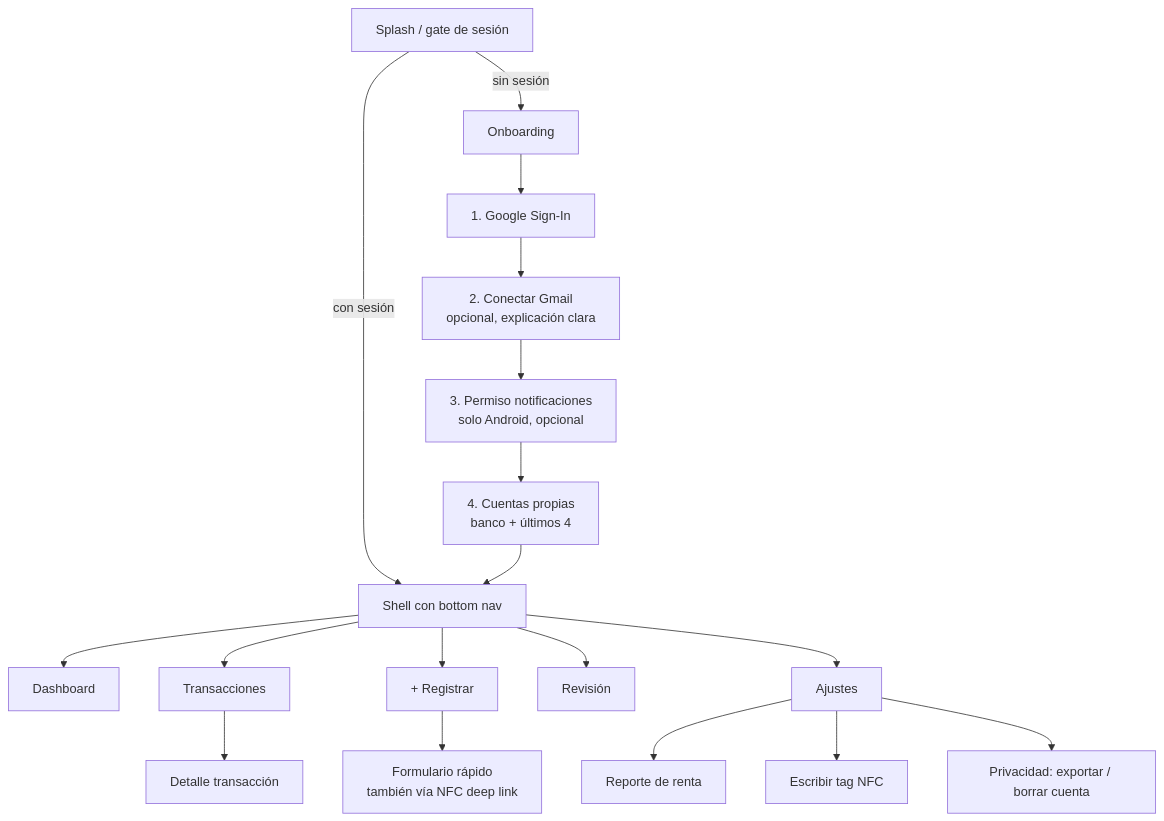
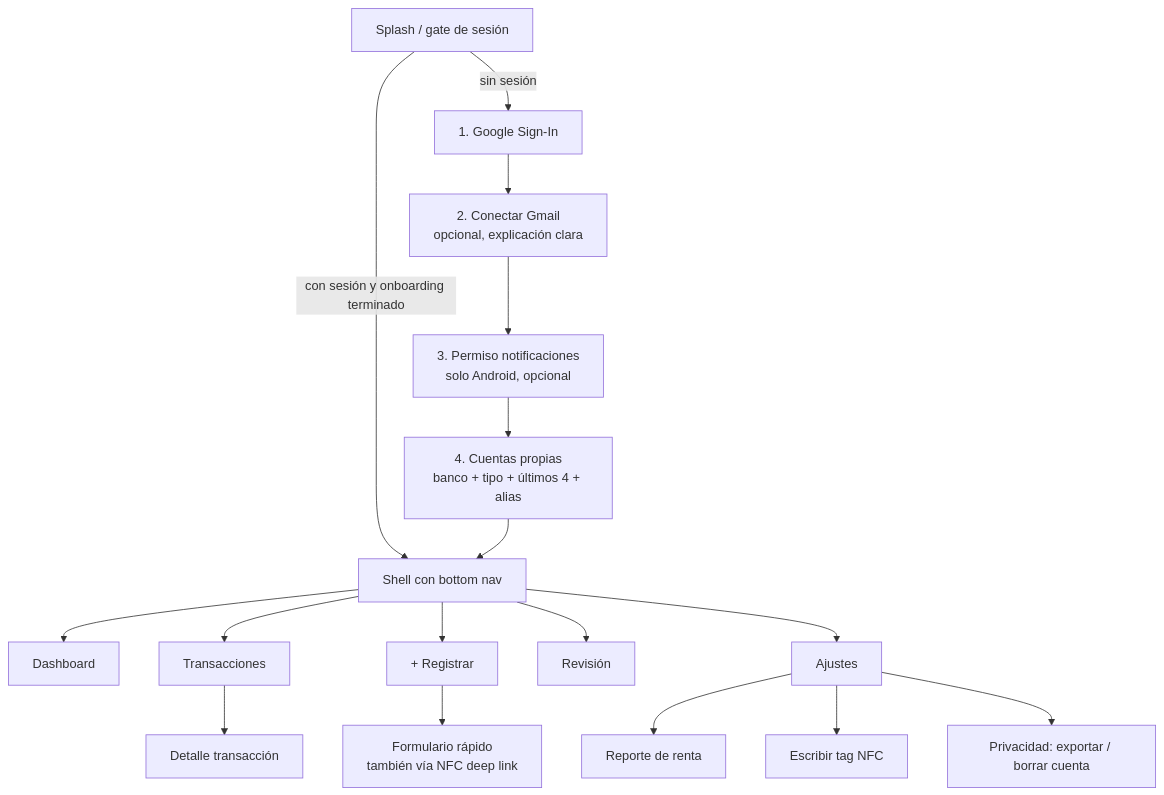
The diagram in docs/specs/008-app-flutter/spec.md (CristianmMst/luka), drawn with Mermaid before and after one commit. The commit also changed other lines of this file and 37 other files, not shown here.

First line of the commit message:
feat(app): onboarding de gmail, notificaciones y cuentas

````diff
--- a/docs/specs/008-app-flutter/spec.md
+++ b/docs/specs/008-app-flutter/spec.md
@@ -9,22 +9,21 @@
 ```mermaid
 flowchart TD
-    SPLASH[Splash / gate de sesión] -->|sin sesión| ONB[Onboarding]
-    SPLASH -->|con sesión| HOME
-    ONB --> G[1. Google Sign-In]
+    SPLASH[Splash / gate de sesión] -->|sin sesión| G[1. Google Sign-In]
+    SPLASH -->|con sesión y onboarding terminado| HOME
     G --> GM[2. Conectar Gmail<br/>opcional, explicación clara]
     GM --> NP[3. Permiso notificaciones<br/>solo Android, opcional]
-    NP --> ACC[4. Cuentas propias<br/>banco + últimos 4]
+    NP --> ACC[4. Cuentas propias<br/>banco + tipo + últimos 4 + alias]
     ACC --> HOME
 
     HOME[Shell con bottom nav] --> D[Dashboard]
     HOME --> TX[Transacciones]
     HOME --> ADD[+ Registrar]
     HOME --> RV[Revisión]
     HOME --> ST[Ajustes]
 
     TX --> TXD[Detalle transacción]
     ADD --> QA[Formulario rápido<br/>también vía NFC deep link]
     ST --> FR[Reporte de renta]
     ST --> NFCW[Escribir tag NFC]
     ST --> PRIV[Privacidad: exportar / borrar cuenta]
 ```
````
